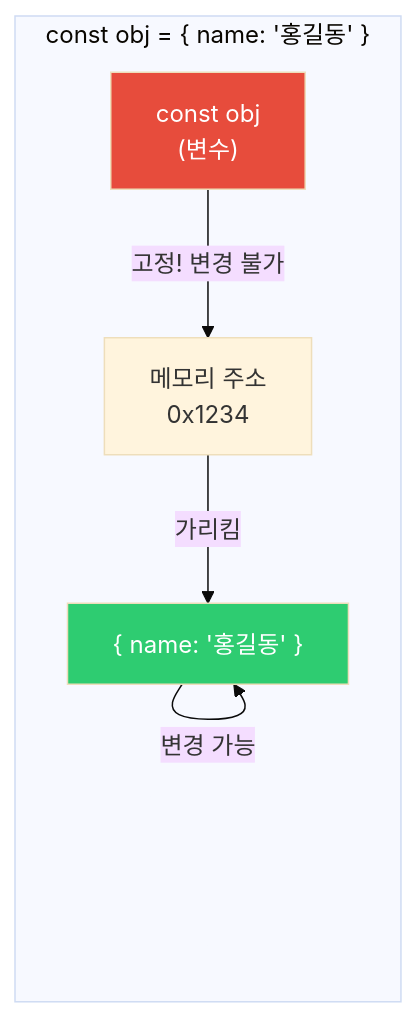
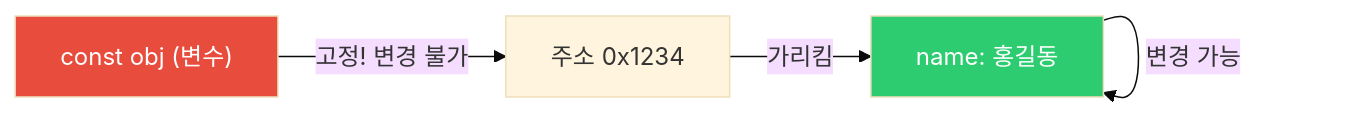
One commit to yjkim2015/yjkim2015.github.io changed the fifth of 9 diagrams in _posts/frontend/2026-05-02-js-var-let-const.md. Above: the diagram before and after it, drawn with Mermaid (base theme). The commit also changed other lines of this file and 155 other files, not shown here.

First line of the commit message:
Mermaid 전면 수정: subgraph 제거, participant/노드/줄수 축소 (342블록)

````diff
--- a/_posts/frontend/2026-05-02-js-var-let-const.md
+++ b/_posts/frontend/2026-05-02-js-var-let-const.md
@@ -235,13 +231,11 @@
 ```mermaid
 graph LR
-    subgraph "const obj = { name: '홍길동' }"
-        OBJ_VAR["const obj<br>(변수)"]
-        OBJ_VAL["메모리 주소<br>0x1234"]
-        OBJ_DATA["{ name: '홍길동' }"]
-    end
+    OBJ_VAR["const obj (변수)"]
+    OBJ_VAL["주소 0x1234"]
+    OBJ_DATA["name: 홍길동"]
     OBJ_VAR -->|"고정! 변경 불가"| OBJ_VAL
     OBJ_VAL -->|"가리킴"| OBJ_DATA
     OBJ_DATA -->|"변경 가능"| OBJ_DATA
     style OBJ_VAR fill:#e74c3c,color:#fff
     style OBJ_DATA fill:#2ecc71,color:#fff
 ```
````
